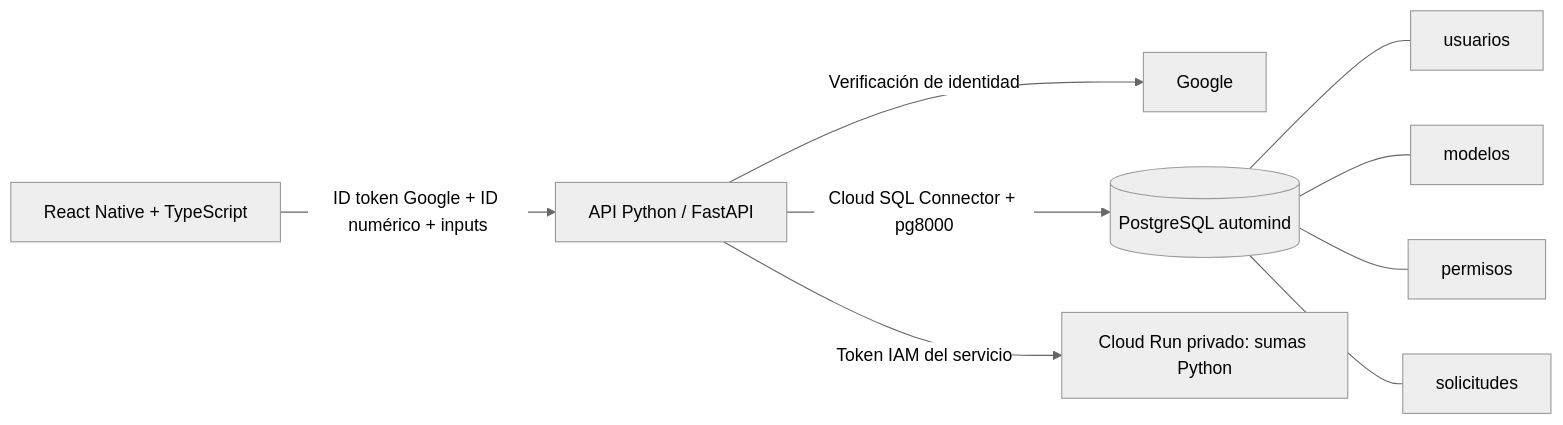
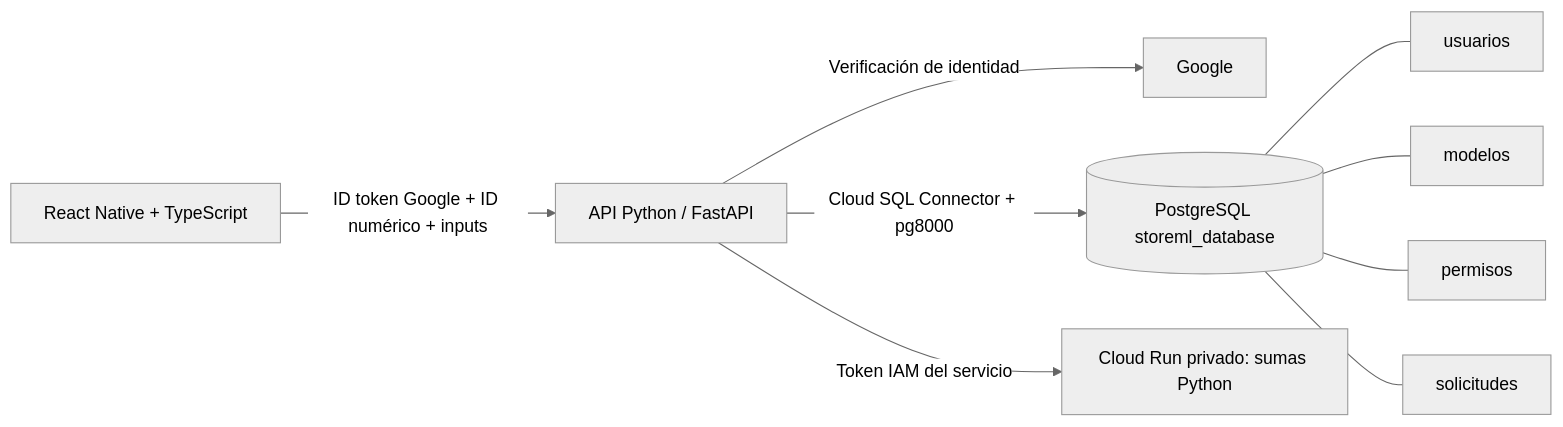
The diagram in docs/ARQUITECTURA.md (artemioadaysolvers/Tutorial-App-II), drawn with Mermaid (neutral theme) before and after one commit. The commit also changed other lines of this file, not shown here.

Commit message:
Alinear docs/ARQUITECTURA.md con storeml_database y las cuentas storeml

````diff
--- a/docs/ARQUITECTURA.md
+++ b/docs/ARQUITECTURA.md
@@ -3,11 +3,11 @@
 ```mermaid
 flowchart LR
   APP[React Native + TypeScript] -->|ID token Google + ID numérico + inputs| API[API Python / FastAPI]
   API -->|Verificación de identidad| GOOGLE[Google]
-  API -->|Cloud SQL Connector + pg8000| SQL[(PostgreSQL automind)]
+  API -->|Cloud SQL Connector + pg8000| SQL[(PostgreSQL storeml_database)]
   API -->|Token IAM del servicio| PY[Cloud Run privado: sumas Python]
   SQL --- U[usuarios]
   SQL --- M[modelos]
   SQL --- P[permisos]
   SQL --- S[solicitudes]
 ```
````
